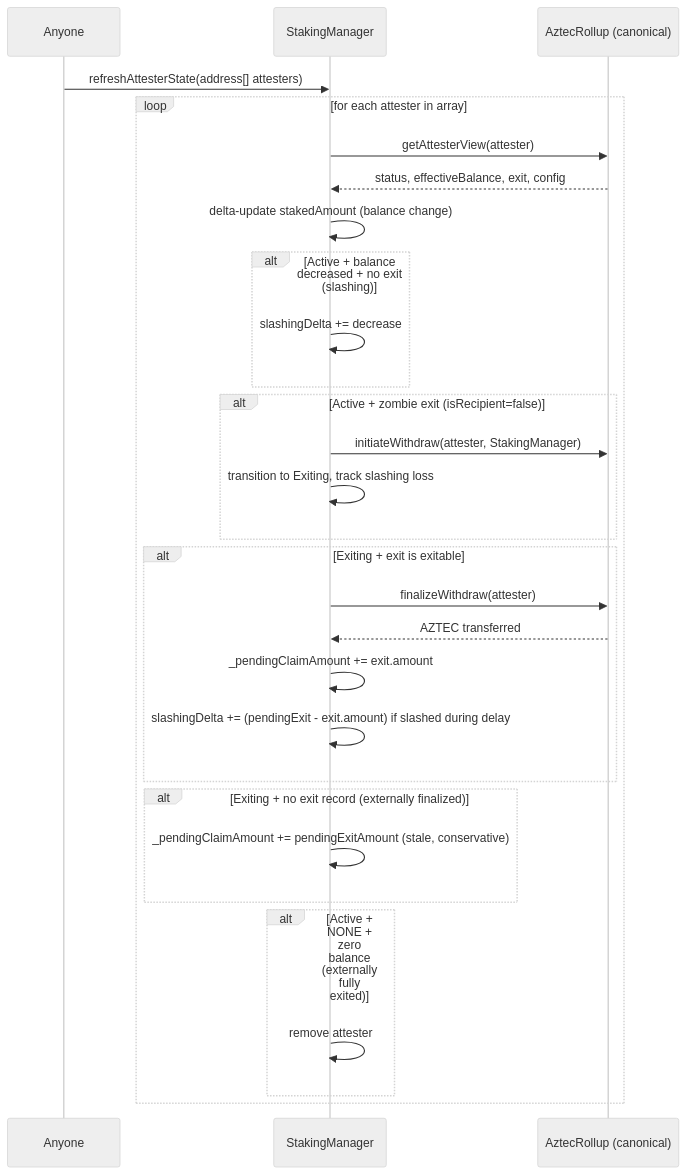
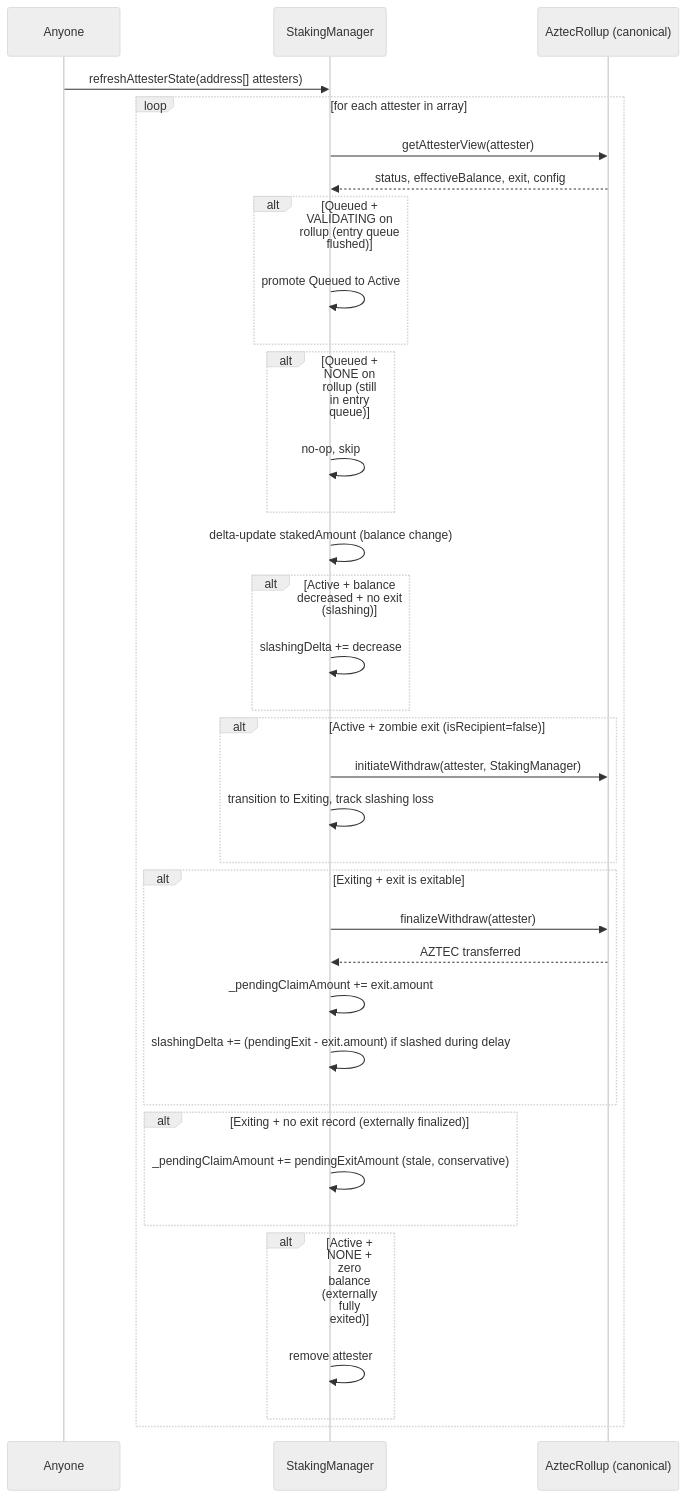
One commit to ollafinance/core changed the first of 10 diagrams in docs/architecture/operator-actions.md. Above: the diagram before and after it, drawn with Mermaid (neutral theme). The commit also changed other lines of this file and 28 other files, not shown here.

First line of the commit message:
feat: add Queued attester status for rollup entry queue handling (#355)

````diff
--- a/docs/architecture/operator-actions.md
+++ b/docs/architecture/operator-actions.md
@@ -11,32 +11,38 @@
 ```mermaid
 sequenceDiagram
     participant A as Anyone
     participant SM as StakingManager
     participant AR as AztecRollup (canonical)
 
     A->>SM: refreshAttesterState(address[] attesters)
     loop for each attester in array
         SM->>AR: getAttesterView(attester)
         AR-->>SM: status, effectiveBalance, exit, config
+        alt Queued + VALIDATING on rollup (entry queue flushed)
+            SM->>SM: promote Queued to Active
+        end
+        alt Queued + NONE on rollup (still in entry queue)
+            SM->>SM: no-op, skip
+        end
         SM->>SM: delta-update stakedAmount (balance change)
         alt Active + balance decreased + no exit (slashing)
             SM->>SM: slashingDelta += decrease
         end
         alt Active + zombie exit (isRecipient=false)
             SM->>AR: initiateWithdraw(attester, StakingManager)
             SM->>SM: transition to Exiting, track slashing loss
         end
         alt Exiting + exit is exitable
             SM->>AR: finalizeWithdraw(attester)
             AR-->>SM: AZTEC transferred
             SM->>SM: _pendingClaimAmount += exit.amount
             SM->>SM: slashingDelta += (pendingExit - exit.amount) if slashed during delay
         end
         alt Exiting + no exit record (externally finalized)
             SM->>SM: _pendingClaimAmount += pendingExitAmount (stale, conservative)
         end
         alt Active + NONE + zero balance (externally fully exited)
             SM->>SM: remove attester
         end
     end
 ```
````
